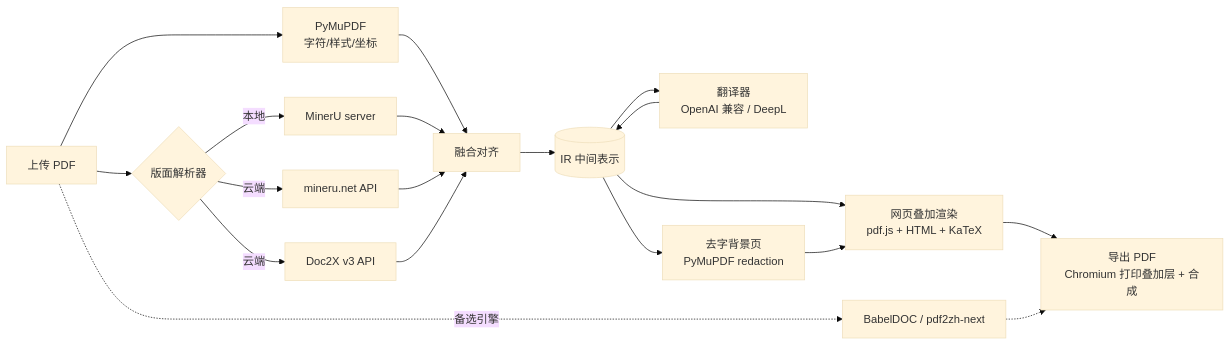
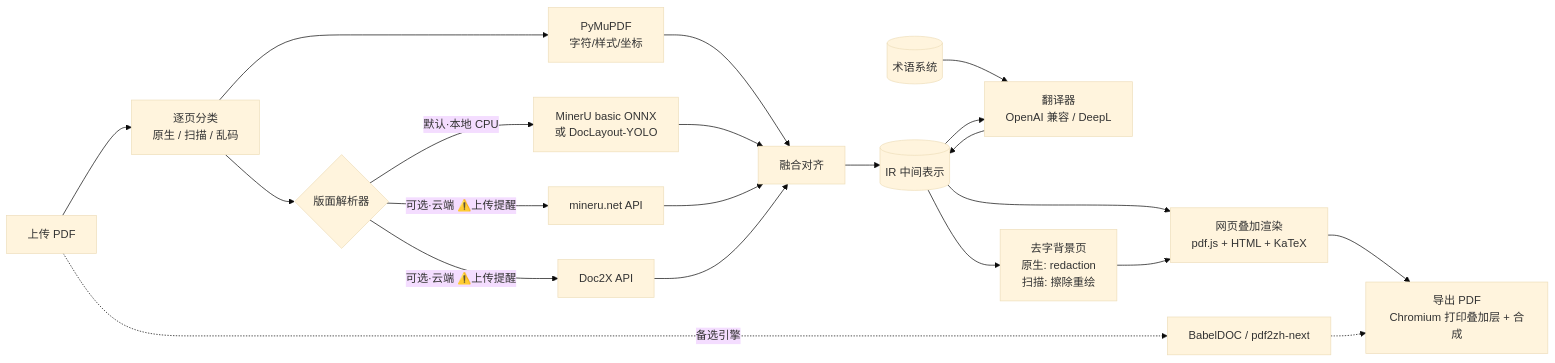
The diagram in docs/01-tech-stack.md (weandy/pdf-translator), drawn with Mermaid (base theme) before and after one commit. The commit also changed other lines of this file, not shown here.

````diff
--- a/docs/01-tech-stack.md
+++ b/docs/01-tech-stack.md
@@ -36,21 +41,23 @@
 ```mermaid
 flowchart LR
-  PDF[上传 PDF] --> N[PyMuPDF<br/>字符/样式/坐标]
-  PDF --> L{版面解析器}
-  L -->|本地| M1[MinerU server]
-  L -->|云端| M2[mineru.net API]
-  L -->|云端| D[Doc2X v3 API]
+  PDF[上传 PDF] --> C[逐页分类<br/>原生 / 扫描 / 乱码]
+  C --> N[PyMuPDF<br/>字符/样式/坐标]
+  C --> L{版面解析器}
+  L -->|默认·本地 CPU| M0[MinerU basic ONNX<br/>或 DocLayout-YOLO]
+  L -->|可选·云端 ⚠️上传提醒| M1[mineru.net API]
+  L -->|可选·云端 ⚠️上传提醒| D[Doc2X API]
   N --> F[融合对齐]
+  M0 --> F
   M1 --> F
-  M2 --> F
   D --> F
   F --> IR[(IR 中间表示)]
+  G[(术语系统)] --> T
   IR --> T[翻译器<br/>OpenAI 兼容 / DeepL]
   T --> IR
-  IR --> BG[去字背景页<br/>PyMuPDF redaction]
+  IR --> BG[去字背景页<br/>原生: redaction<br/>扫描: 擦除重绘]
   IR --> W[网页叠加渲染<br/>pdf.js + HTML + KaTeX]
   BG --> W
   W --> E[导出 PDF<br/>Chromium 打印叠加层 + 合成]
   PDF -.备选引擎.-> B[BabelDOC / pdf2zh-next]
   B -.-> E
 ```
````
